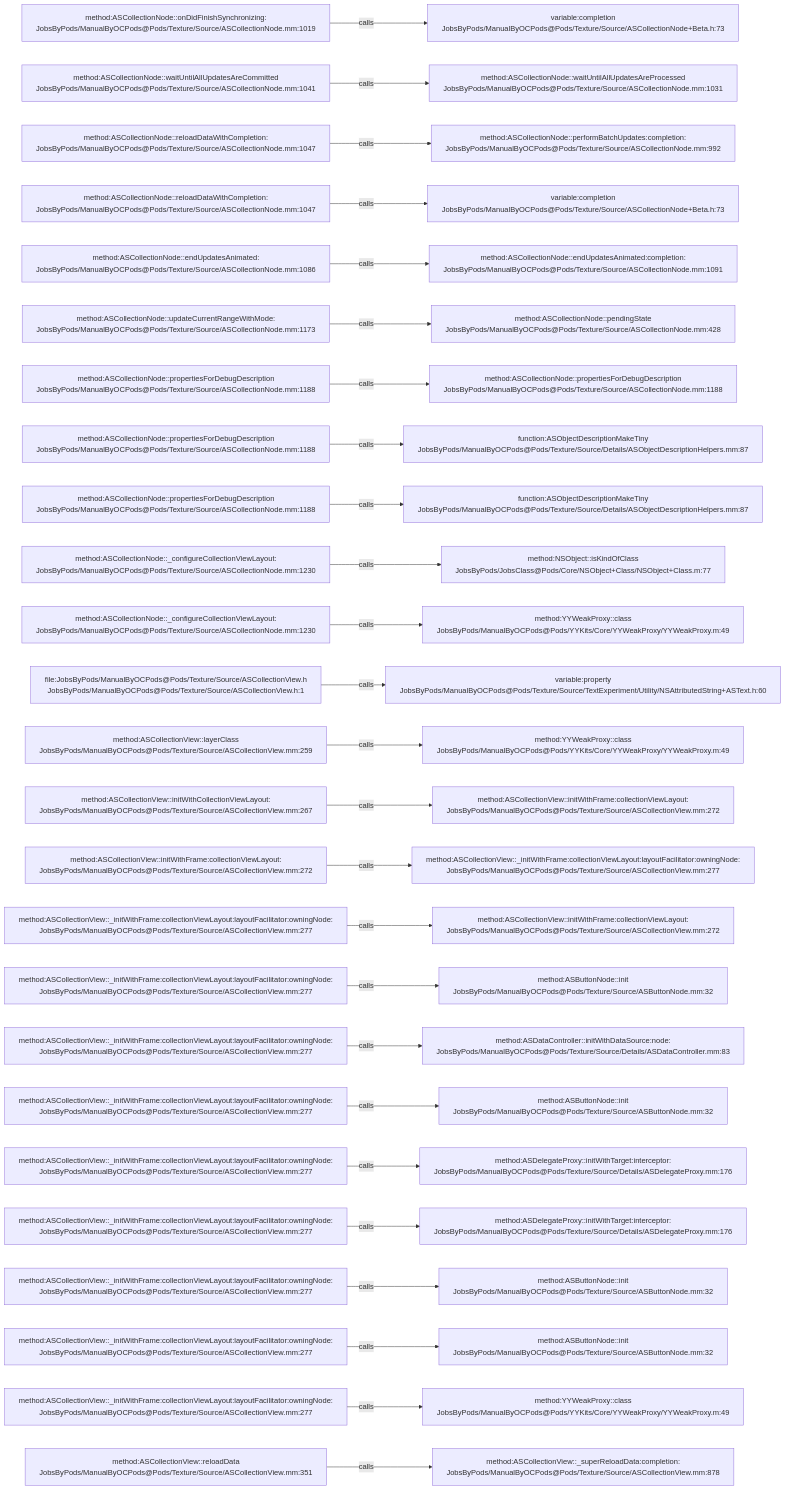
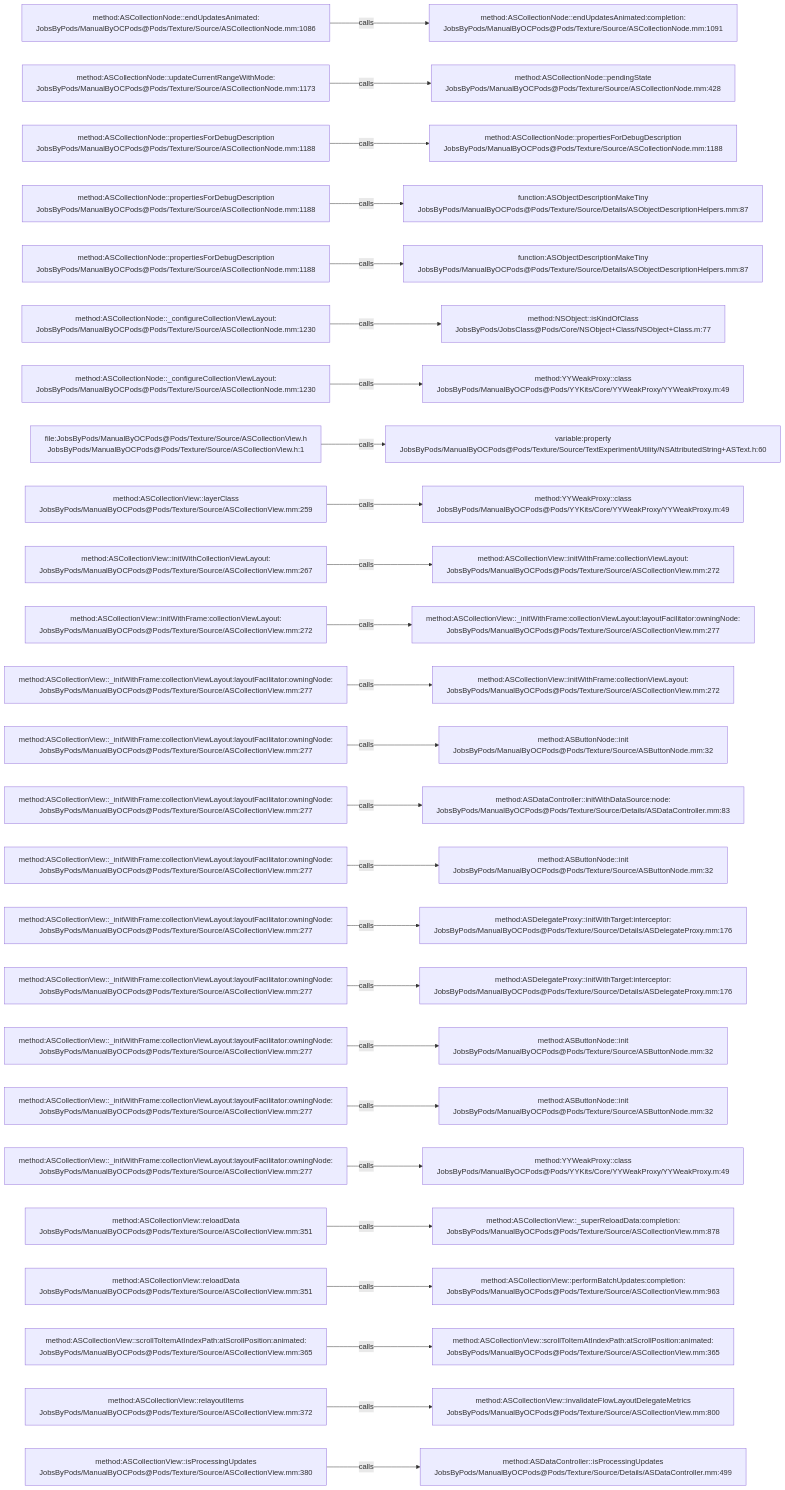
Before and after one commit to JobsKits/JobsOCBaseConfigDemo: the diagram in .codegraph/codegraph.md/graphs/calls-077.md, drawn with Mermaid. The commit also changed 727 other files, not shown here.

````diff
--- a/.codegraph/codegraph.md/graphs/calls-077.md
+++ b/.codegraph/codegraph.md/graphs/calls-077.md
@@ -13,78 +13,78 @@
 ```mermaid
 flowchart LR
-  S1["method:ASCollectionNode::onDidFinishSynchronizing:<br/>JobsByPods/ManualByOCPods@Pods/Texture/Source/ASCollectionNode.mm:1019"]
-  T1["variable:completion<br/>JobsByPods/ManualByOCPods@Pods/Texture/Source/ASCollectionNode+Beta.h:73"]
+  S1["method:ASCollectionNode::endUpdatesAnimated:<br/>JobsByPods/ManualByOCPods@Pods/Texture/Source/ASCollectionNode.mm:1086"]
+  T1["method:ASCollectionNode::endUpdatesAnimated:completion:<br/>JobsByPods/ManualByOCPods@Pods/Texture/Source/ASCollectionNode.mm:1091"]
   S1 -->|calls| T1
-  S2["method:ASCollectionNode::waitUntilAllUpdatesAreCommitted<br/>JobsByPods/ManualByOCPods@Pods/Texture/Source/ASCollectionNode.mm:1041"]
-  T2["method:ASCollectionNode::waitUntilAllUpdatesAreProcessed<br/>JobsByPods/ManualByOCPods@Pods/Texture/Source/ASCollectionNode.mm:1031"]
+  S2["method:ASCollectionNode::updateCurrentRangeWithMode:<br/>JobsByPods/ManualByOCPods@Pods/Texture/Source/ASCollectionNode.mm:1173"]
+  T2["method:ASCollectionNode::pendingState<br/>JobsByPods/ManualByOCPods@Pods/Texture/Source/ASCollectionNode.mm:428"]
   S2 -->|calls| T2
-  S3["method:ASCollectionNode::reloadDataWithCompletion:<br/>JobsByPods/ManualByOCPods@Pods/Texture/Source/ASCollectionNode.mm:1047"]
-  T3["method:ASCollectionNode::performBatchUpdates:completion:<br/>JobsByPods/ManualByOCPods@Pods/Texture/Source/ASCollectionNode.mm:992"]
+  S3["method:ASCollectionNode::propertiesForDebugDescription<br/>JobsByPods/ManualByOCPods@Pods/Texture/Source/ASCollectionNode.mm:1188"]
+  T3["method:ASCollectionNode::propertiesForDebugDescription<br/>JobsByPods/ManualByOCPods@Pods/Texture/Source/ASCollectionNode.mm:1188"]
   S3 -->|calls| T3
-  S4["method:ASCollectionNode::reloadDataWithCompletion:<br/>JobsByPods/ManualByOCPods@Pods/Texture/Source/ASCollectionNode.mm:1047"]
-  T4["variable:completion<br/>JobsByPods/ManualByOCPods@Pods/Texture/Source/ASCollectionNode+Beta.h:73"]
+  S4["method:ASCollectionNode::propertiesForDebugDescription<br/>JobsByPods/ManualByOCPods@Pods/Texture/Source/ASCollectionNode.mm:1188"]
+  T4["function:ASObjectDescriptionMakeTiny<br/>JobsByPods/ManualByOCPods@Pods/Texture/Source/Details/ASObjectDescriptionHelpers.mm:87"]
   S4 -->|calls| T4
-  S5["method:ASCollectionNode::endUpdatesAnimated:<br/>JobsByPods/ManualByOCPods@Pods/Texture/Source/ASCollectionNode.mm:1086"]
-  T5["method:ASCollectionNode::endUpdatesAnimated:completion:<br/>JobsByPods/ManualByOCPods@Pods/Texture/Source/ASCollectionNode.mm:1091"]
+  S5["method:ASCollectionNode::propertiesForDebugDescription<br/>JobsByPods/ManualByOCPods@Pods/Texture/Source/ASCollectionNode.mm:1188"]
+  T5["function:ASObjectDescriptionMakeTiny<br/>JobsByPods/ManualByOCPods@Pods/Texture/Source/Details/ASObjectDescriptionHelpers.mm:87"]
   S5 -->|calls| T5
-  S6["method:ASCollectionNode::updateCurrentRangeWithMode:<br/>JobsByPods/ManualByOCPods@Pods/Texture/Source/ASCollectionNode.mm:1173"]
-  T6["method:ASCollectionNode::pendingState<br/>JobsByPods/ManualByOCPods@Pods/Texture/Source/ASCollectionNode.mm:428"]
+  S6["method:ASCollectionNode::_configureCollectionViewLayout:<br/>JobsByPods/ManualByOCPods@Pods/Texture/Source/ASCollectionNode.mm:1230"]
+  T6["method:NSObject::isKindOfClass<br/>JobsByPods/JobsClass@Pods/Core/NSObject+Class/NSObject+Class.m:77"]
   S6 -->|calls| T6
-  S7["method:ASCollectionNode::propertiesForDebugDescription<br/>JobsByPods/ManualByOCPods@Pods/Texture/Source/ASCollectionNode.mm:1188"]
-  T7["method:ASCollectionNode::propertiesForDebugDescription<br/>JobsByPods/ManualByOCPods@Pods/Texture/Source/ASCollectionNode.mm:1188"]
+  S7["method:ASCollectionNode::_configureCollectionViewLayout:<br/>JobsByPods/ManualByOCPods@Pods/Texture/Source/ASCollectionNode.mm:1230"]
+  T7["method:YYWeakProxy::class<br/>JobsByPods/ManualByOCPods@Pods/YYKits/Core/YYWeakProxy/YYWeakProxy.m:49"]
   S7 -->|calls| T7
-  S8["method:ASCollectionNode::propertiesForDebugDescription<br/>JobsByPods/ManualByOCPods@Pods/Texture/Source/ASCollectionNode.mm:1188"]
-  T8["function:ASObjectDescriptionMakeTiny<br/>JobsByPods/ManualByOCPods@Pods/Texture/Source/Details/ASObjectDescriptionHelpers.mm:87"]
+  S8["file:JobsByPods/ManualByOCPods@Pods/Texture/Source/ASCollectionView.h<br/>JobsByPods/ManualByOCPods@Pods/Texture/Source/ASCollectionView.h:1"]
+  T8["variable:property<br/>JobsByPods/ManualByOCPods@Pods/Texture/Source/TextExperiment/Utility/NSAttributedString+ASText.h:60"]
   S8 -->|calls| T8
-  S9["method:ASCollectionNode::propertiesForDebugDescription<br/>JobsByPods/ManualByOCPods@Pods/Texture/Source/ASCollectionNode.mm:1188"]
-  T9["function:ASObjectDescriptionMakeTiny<br/>JobsByPods/ManualByOCPods@Pods/Texture/Source/Details/ASObjectDescriptionHelpers.mm:87"]
+  S9["method:ASCollectionView::layerClass<br/>JobsByPods/ManualByOCPods@Pods/Texture/Source/ASCollectionView.mm:259"]
+  T9["method:YYWeakProxy::class<br/>JobsByPods/ManualByOCPods@Pods/YYKits/Core/YYWeakProxy/YYWeakProxy.m:49"]
   S9 -->|calls| T9
-  S10["method:ASCollectionNode::_configureCollectionViewLayout:<br/>JobsByPods/ManualByOCPods@Pods/Texture/Source/ASCollectionNode.mm:1230"]
-  T10["method:NSObject::isKindOfClass<br/>JobsByPods/JobsClass@Pods/Core/NSObject+Class/NSObject+Class.m:77"]
+  S10["method:ASCollectionView::initWithCollectionViewLayout:<br/>JobsByPods/ManualByOCPods@Pods/Texture/Source/ASCollectionView.mm:267"]
+  T10["method:ASCollectionView::initWithFrame:collectionViewLayout:<br/>JobsByPods/ManualByOCPods@Pods/Texture/Source/ASCollectionView.mm:272"]
   S10 -->|calls| T10
-  S11["method:ASCollectionNode::_configureCollectionViewLayout:<br/>JobsByPods/ManualByOCPods@Pods/Texture/Source/ASCollectionNode.mm:1230"]
-  T11["method:YYWeakProxy::class<br/>JobsByPods/ManualByOCPods@Pods/YYKits/Core/YYWeakProxy/YYWeakProxy.m:49"]
+  S11["method:ASCollectionView::initWithFrame:collectionViewLayout:<br/>JobsByPods/ManualByOCPods@Pods/Texture/Source/ASCollectionView.mm:272"]
+  T11["method:ASCollectionView::_initWithFrame:collectionViewLayout:layoutFacilitator:owningNode:<br/>JobsByPods/ManualByOCPods@Pods/Texture/Source/ASCollectionView.mm:277"]
   S11 -->|calls| T11
-  S12["file:JobsByPods/ManualByOCPods@Pods/Texture/Source/ASCollectionView.h<br/>JobsByPods/ManualByOCPods@Pods/Texture/Source/ASCollectionView.h:1"]
-  T12["variable:property<br/>JobsByPods/ManualByOCPods@Pods/Texture/Source/TextExperiment/Utility/NSAttributedString+ASText.h:60"]
+  S12["method:ASCollectionView::_initWithFrame:collectionViewLayout:layoutFacilitator:owningNode:<br/>JobsByPods/ManualByOCPods@Pods/Texture/Source/ASCollectionView.mm:277"]
+  T12["method:ASCollectionView::initWithFrame:collectionViewLayout:<br/>JobsByPods/ManualByOCPods@Pods/Texture/Source/ASCollectionView.mm:272"]
   S12 -->|calls| T12
-  S13["method:ASCollectionView::layerClass<br/>JobsByPods/ManualByOCPods@Pods/Texture/Source/ASCollectionView.mm:259"]
-  T13["method:YYWeakProxy::class<br/>JobsByPods/ManualByOCPods@Pods/YYKits/Core/YYWeakProxy/YYWeakProxy.m:49"]
+  S13["method:ASCollectionView::_initWithFrame:collectionViewLayout:layoutFacilitator:owningNode:<br/>JobsByPods/ManualByOCPods@Pods/Texture/Source/ASCollectionView.mm:277"]
+  T13["method:ASButtonNode::init<br/>JobsByPods/ManualByOCPods@Pods/Texture/Source/ASButtonNode.mm:32"]
   S13 -->|calls| T13
-  S14["method:ASCollectionView::initWithCollectionViewLayout:<br/>JobsByPods/ManualByOCPods@Pods/Texture/Source/ASCollectionView.mm:267"]
-  T14["method:ASCollectionView::initWithFrame:collectionViewLayout:<br/>JobsByPods/ManualByOCPods@Pods/Texture/Source/ASCollectionView.mm:272"]
+  S14["method:ASCollectionView::_initWithFrame:collectionViewLayout:layoutFacilitator:owningNode:<br/>JobsByPods/ManualByOCPods@Pods/Texture/Source/ASCollectionView.mm:277"]
+  T14["method:ASDataController::initWithDataSource:node:<br/>JobsByPods/ManualByOCPods@Pods/Texture/Source/Details/ASDataController.mm:83"]
   S14 -->|calls| T14
-  S15["method:ASCollectionView::initWithFrame:collectionViewLayout:<br/>JobsByPods/ManualByOCPods@Pods/Texture/Source/ASCollectionView.mm:272"]
-  T15["method:ASCollectionView::_initWithFrame:collectionViewLayout:layoutFacilitator:owningNode:<br/>JobsByPods/ManualByOCPods@Pods/Texture/Source/ASCollectionView.mm:277"]
+  S15["method:ASCollectionView::_initWithFrame:collectionViewLayout:layoutFacilitator:owningNode:<br/>JobsByPods/ManualByOCPods@Pods/Texture/Source/ASCollectionView.mm:277"]
+  T15["method:ASButtonNode::init<br/>JobsByPods/ManualByOCPods@Pods/Texture/Source/ASButtonNode.mm:32"]
   S15 -->|calls| T15
   S16["method:ASCollectionView::_initWithFrame:collectionViewLayout:layoutFacilitator:owningNode:<br/>JobsByPods/ManualByOCPods@Pods/Texture/Source/ASCollectionView.mm:277"]
-  T16["method:ASCollectionView::initWithFrame:collectionViewLayout:<br/>JobsByPods/ManualByOCPods@Pods/Texture/Source/ASCollectionView.mm:272"]
+  T16["method:ASDelegateProxy::initWithTarget:interceptor:<br/>JobsByPods/ManualByOCPods@Pods/Texture/Source/Details/ASDelegateProxy.mm:176"]
   S16 -->|calls| T16
   S17["method:ASCollectionView::_initWithFrame:collectionViewLayout:layoutFacilitator:owningNode:<br/>JobsByPods/ManualByOCPods@Pods/Texture/Source/ASCollectionView.mm:277"]
-  T17["method:ASButtonNode::init<br/>JobsByPods/ManualByOCPods@Pods/Texture/Source/ASButtonNode.mm:32"]
+  T17["method:ASDelegateProxy::initWithTarget:interceptor:<br/>JobsByPods/ManualByOCPods@Pods/Texture/Source/Details/ASDelegateProxy.mm:176"]
   S17 -->|calls| T17
   S18["method:ASCollectionView::_initWithFrame:collectionViewLayout:layoutFacilitator:owningNode:<br/>JobsByPods/ManualByOCPods@Pods/Texture/Source/ASCollectionView.mm:277"]
-  T18["method:ASDataController::initWithDataSource:node:<br/>JobsByPods/ManualByOCPods@Pods/Texture/Source/Details/ASDataController.mm:83"]
+  T18["method:ASButtonNode::init<br/>JobsByPods/ManualByOCPods@Pods/Texture/Source/ASButtonNode.mm:32"]
   S18 -->|calls| T18
   S19["method:ASCollectionView::_initWithFrame:collectionViewLayout:layoutFacilitator:owningNode:<br/>JobsByPods/ManualByOCPods@Pods/Texture/Source/ASCollectionView.mm:277"]
   T19["method:ASButtonNode::init<br/>JobsByPods/ManualByOCPods@Pods/Texture/Source/ASButtonNode.mm:32"]
   S19 -->|calls| T19
   S20["method:ASCollectionView::_initWithFrame:collectionViewLayout:layoutFacilitator:owningNode:<br/>JobsByPods/ManualByOCPods@Pods/Texture/Source/ASCollectionView.mm:277"]
-  T20["method:ASDelegateProxy::initWithTarget:interceptor:<br/>JobsByPods/ManualByOCPods@Pods/Texture/Source/Details/ASDelegateProxy.mm:176"]
+  T20["method:YYWeakProxy::class<br/>JobsByPods/ManualByOCPods@Pods/YYKits/Core/YYWeakProxy/YYWeakProxy.m:49"]
   S20 -->|calls| T20
-  S21["method:ASCollectionView::_initWithFrame:collectionViewLayout:layoutFacilitator:owningNode:<br/>JobsByPods/ManualByOCPods@Pods/Texture/Source/ASCollectionView.mm:277"]
-  T21["method:ASDelegateProxy::initWithTarget:interceptor:<br/>JobsByPods/ManualByOCPods@Pods/Texture/Source/Details/ASDelegateProxy.mm:176"]
+  S21["method:ASCollectionView::reloadData<br/>JobsByPods/ManualByOCPods@Pods/Texture/Source/ASCollectionView.mm:351"]
+  T21["method:ASCollectionView::_superReloadData:completion:<br/>JobsByPods/ManualByOCPods@Pods/Texture/Source/ASCollectionView.mm:878"]
   S21 -->|calls| T21
-  S22["method:ASCollectionView::_initWithFrame:collectionViewLayout:layoutFacilitator:owningNode:<br/>JobsByPods/ManualByOCPods@Pods/Texture/Source/ASCollectionView.mm:277"]
-  T22["method:ASButtonNode::init<br/>JobsByPods/ManualByOCPods@Pods/Texture/Source/ASButtonNode.mm:32"]
+  S22["method:ASCollectionView::reloadData<br/>JobsByPods/ManualByOCPods@Pods/Texture/Source/ASCollectionView.mm:351"]
+  T22["method:ASCollectionView::performBatchUpdates:completion:<br/>JobsByPods/ManualByOCPods@Pods/Texture/Source/ASCollectionView.mm:963"]
   S22 -->|calls| T22
-  S23["method:ASCollectionView::_initWithFrame:collectionViewLayout:layoutFacilitator:owningNode:<br/>JobsByPods/ManualByOCPods@Pods/Texture/Source/ASCollectionView.mm:277"]
-  T23["method:ASButtonNode::init<br/>JobsByPods/ManualByOCPods@Pods/Texture/Source/ASButtonNode.mm:32"]
+  S23["method:ASCollectionView::scrollToItemAtIndexPath:atScrollPosition:animated:<br/>JobsByPods/ManualByOCPods@Pods/Texture/Source/ASCollectionView.mm:365"]
+  T23["method:ASCollectionView::scrollToItemAtIndexPath:atScrollPosition:animated:<br/>JobsByPods/ManualByOCPods@Pods/Texture/Source/ASCollectionView.mm:365"]
   S23 -->|calls| T23
-  S24["method:ASCollectionView::_initWithFrame:collectionViewLayout:layoutFacilitator:owningNode:<br/>JobsByPods/ManualByOCPods@Pods/Texture/Source/ASCollectionView.mm:277"]
-  T24["method:YYWeakProxy::class<br/>JobsByPods/ManualByOCPods@Pods/YYKits/Core/YYWeakProxy/YYWeakProxy.m:49"]
+  S24["method:ASCollectionView::relayoutItems<br/>JobsByPods/ManualByOCPods@Pods/Texture/Source/ASCollectionView.mm:372"]
+  T24["method:ASCollectionView::invalidateFlowLayoutDelegateMetrics<br/>JobsByPods/ManualByOCPods@Pods/Texture/Source/ASCollectionView.mm:800"]
   S24 -->|calls| T24
-  S25["method:ASCollectionView::reloadData<br/>JobsByPods/ManualByOCPods@Pods/Texture/Source/ASCollectionView.mm:351"]
-  T25["method:ASCollectionView::_superReloadData:completion:<br/>JobsByPods/ManualByOCPods@Pods/Texture/Source/ASCollectionView.mm:878"]
+  S25["method:ASCollectionView::isProcessingUpdates<br/>JobsByPods/ManualByOCPods@Pods/Texture/Source/ASCollectionView.mm:380"]
+  T25["method:ASDataController::isProcessingUpdates<br/>JobsByPods/ManualByOCPods@Pods/Texture/Source/Details/ASDataController.mm:499"]
   S25 -->|calls| T25
 ```
````
